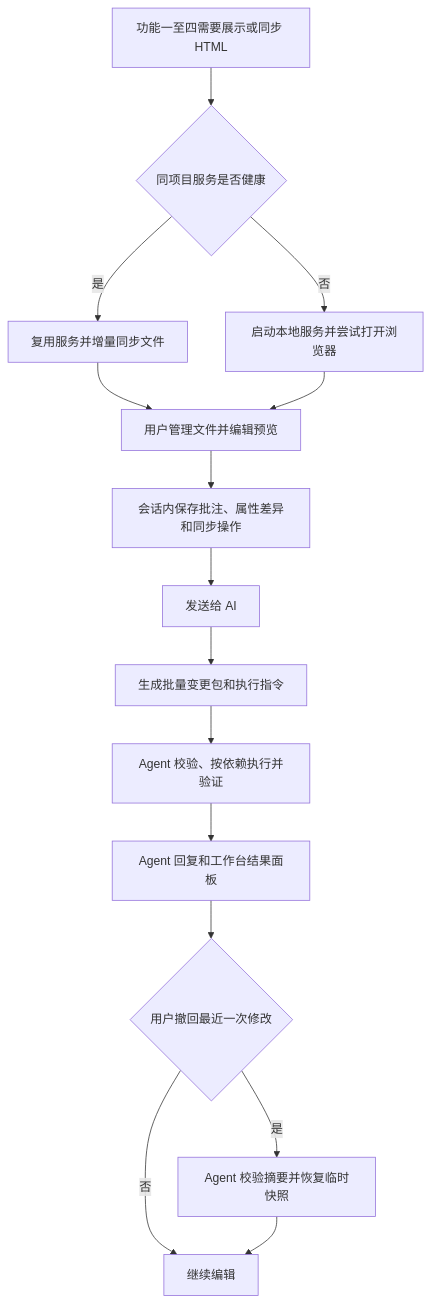
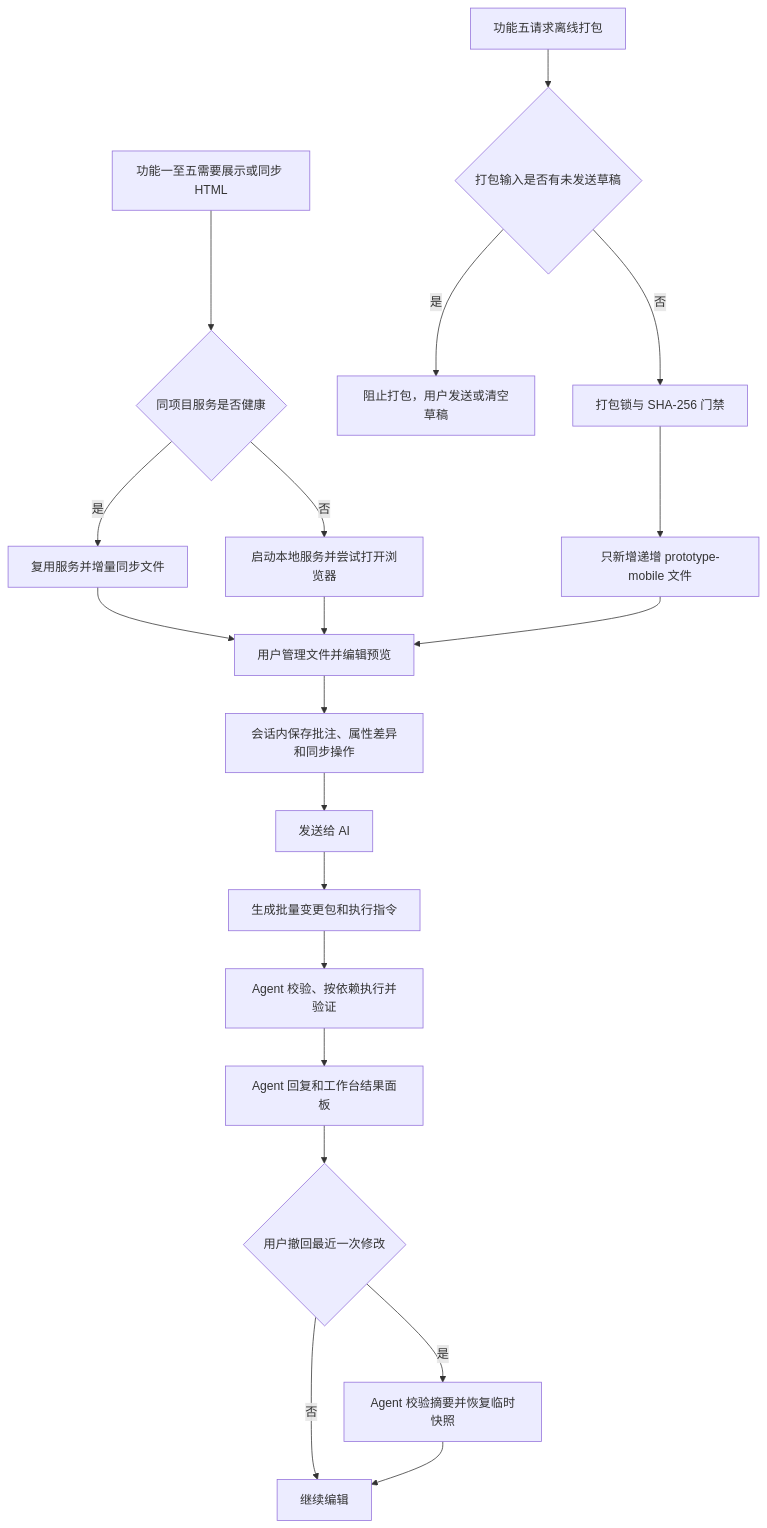
The diagram in docs/brainstorms/specs/2026-07-17-prototype-editor-workbench-spec.md (Ycet/ycet-prototype-create), drawn with Mermaid before and after one commit. The commit also changed other lines of this file and 1 other file, not shown here.

````diff
--- a/docs/brainstorms/specs/2026-07-17-prototype-editor-workbench-spec.md
+++ b/docs/brainstorms/specs/2026-07-17-prototype-editor-workbench-spec.md
@@ -185,17 +202,22 @@
 ```mermaid
 flowchart TD
-    A[功能一至四需要展示或同步 HTML] --> B{同项目服务是否健康}
+    A[功能一至五需要展示或同步 HTML] --> B{同项目服务是否健康}
     B -->|是| C[复用服务并增量同步文件]
     B -->|否| D[启动本地服务并尝试打开浏览器]
     C --> E[用户管理文件并编辑预览]
     D --> E
     E --> F[会话内保存批注、属性差异和同步操作]
     F --> G[发送给 AI]
     G --> H[生成批量变更包和执行指令]
     H --> I[Agent 校验、按依赖执行并验证]
     I --> J[Agent 回复和工作台结果面板]
     J --> K{用户撤回最近一次修改}
     K -->|是| L[Agent 校验摘要并恢复临时快照]
     K -->|否| M[继续编辑]
     L --> M
+    N[功能五请求离线打包] --> O{打包输入是否有未发送草稿}
+    O -->|是| P[阻止打包，用户发送或清空草稿]
+    O -->|否| Q[打包锁与 SHA-256 门禁]
+    Q --> R[只新增递增 prototype-mobile 文件]
+    R --> E
 ```
````
